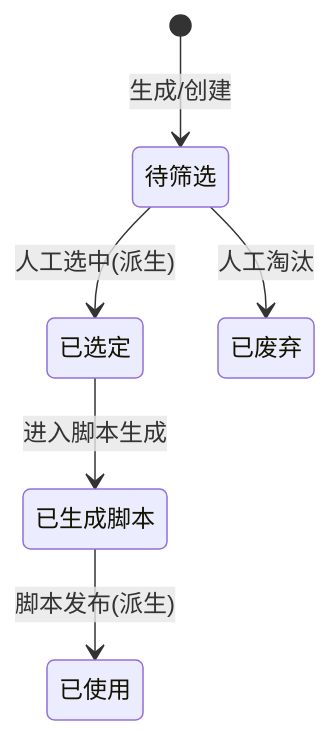
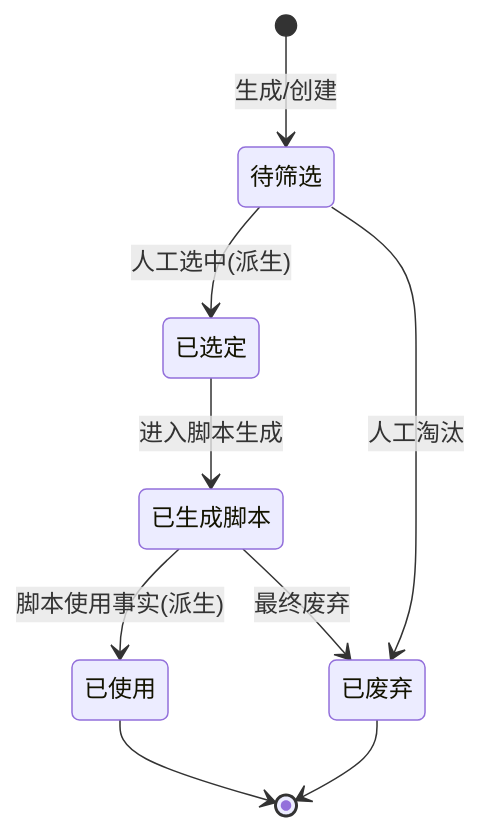
Before and after one commit to lophyJessica/forge-scrm: the second of 2 diagrams in prd-docs/modules/02-选题库PRD.md, drawn with Mermaid. The commit also changed other lines of this file and 18 other files, not shown here.

Commit message:
docs: 修复审计27项(P0x9/P1x13/P2x5)——口径统一/审核入口/一期权限/Schema对齐

````diff
--- a/prd-docs/modules/02-选题库PRD.md
+++ b/prd-docs/modules/02-选题库PRD.md
@@ -49,8 +48,11 @@
 ```mermaid
 stateDiagram-v2
     [*] --> 待筛选: 生成/创建
     待筛选 --> 已选定: 人工选中(派生)
     已选定 --> 已生成脚本: 进入脚本生成
     待筛选 --> 已废弃: 人工淘汰
-    已生成脚本 --> 已使用: 脚本发布(派生)
+    已生成脚本 --> 已使用: 脚本使用事实(派生)
+    已生成脚本 --> 已废弃: 最终废弃
+    已使用 --> [*]
+    已废弃 --> [*]
 ```
````
